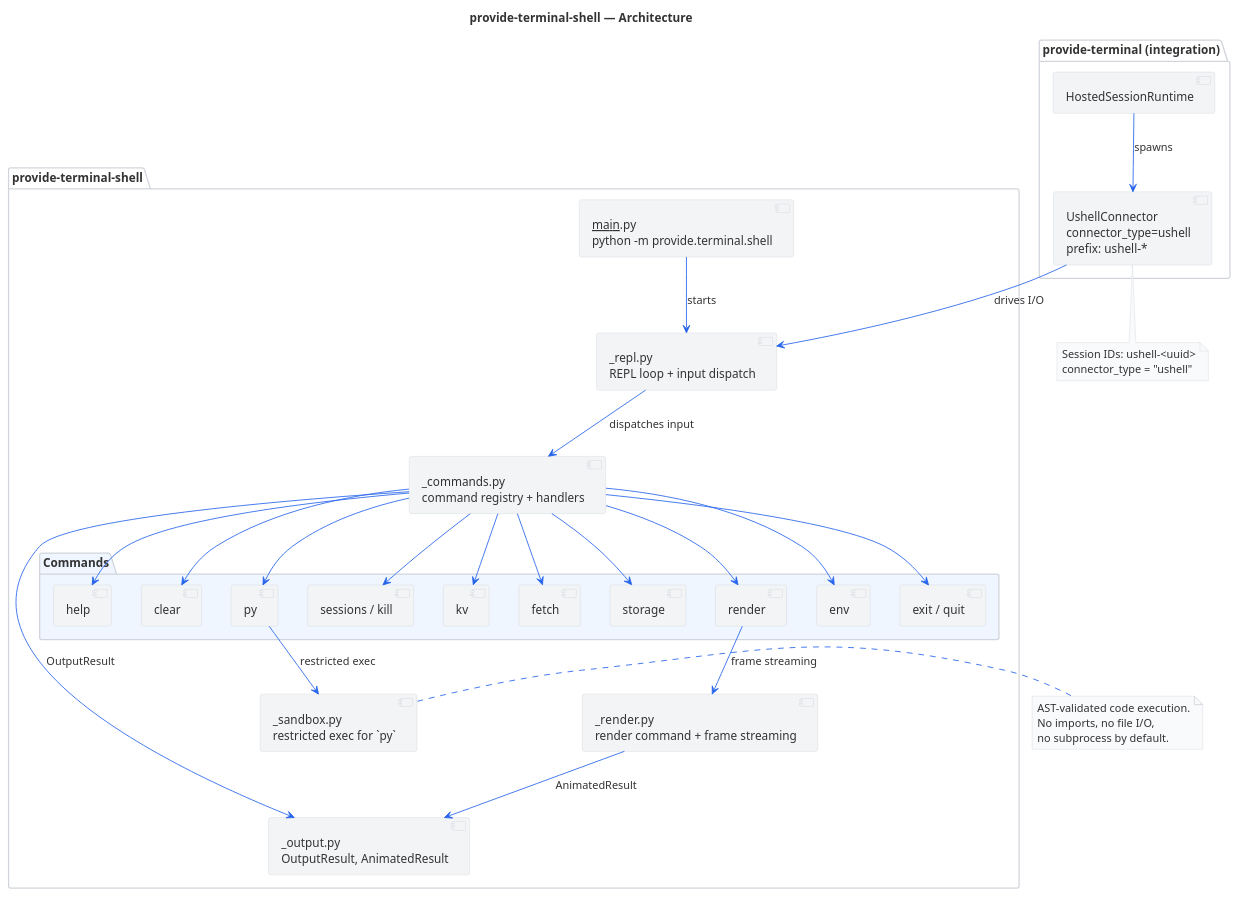
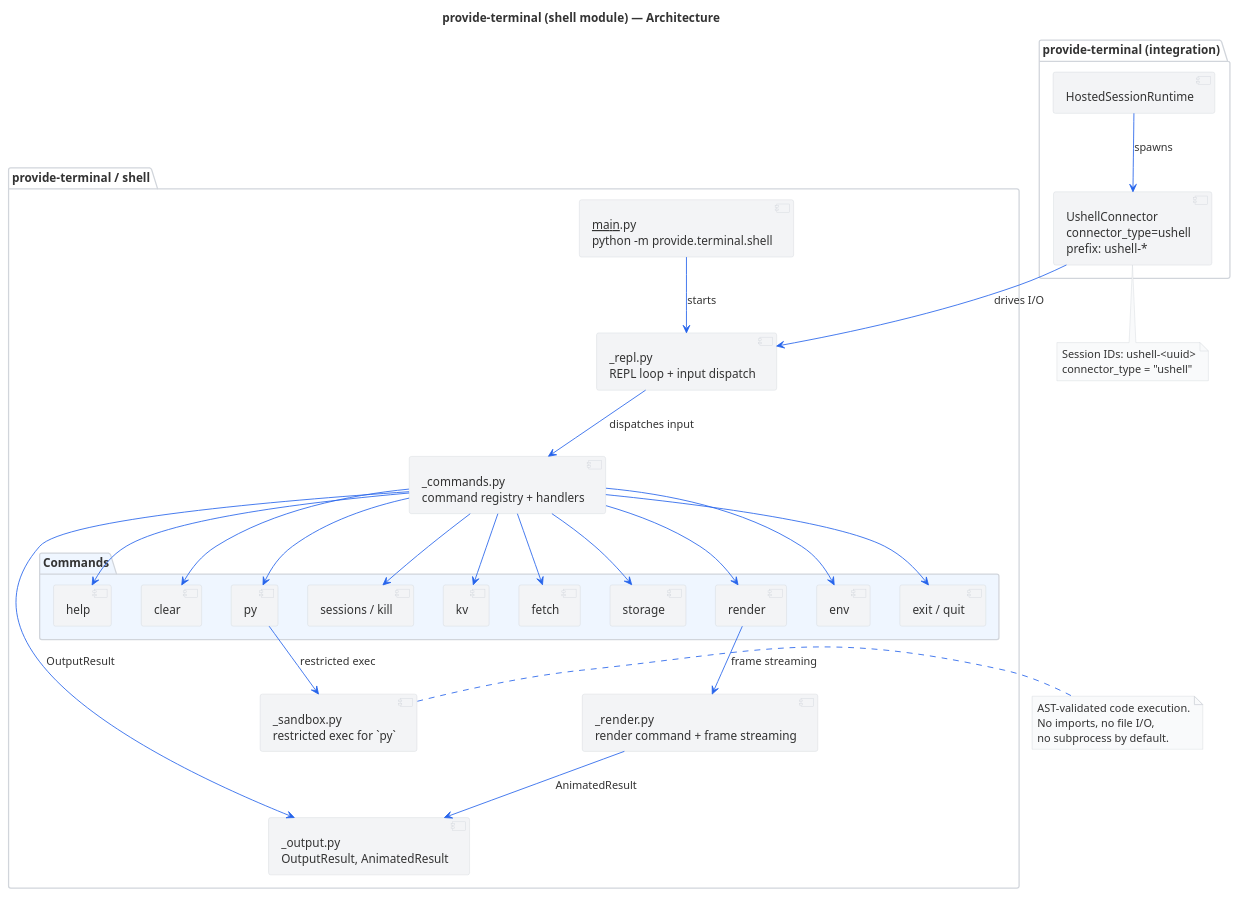
The diagram in docs/diagrams/shell-architecture.puml (provide-io/provide-uterm), drawn with PlantUML before and after one commit. The commit also changed 932 other files, not shown here.

```diff
--- a/docs/diagrams/shell-architecture.puml
+++ b/docs/diagrams/shell-architecture.puml
@@ -4,74 +4,74 @@
 @startuml shell-architecture
-title provide-terminal-shell — Architecture
+title provide-terminal (shell module) — Architecture
 
 skinparam backgroundColor #ffffff
 skinparam defaultFontColor #333333
 skinparam componentBorderColor #d1d5db
 skinparam componentBackgroundColor #f3f4f6
 skinparam packageBorderColor #d1d5db
 skinparam packageBackgroundColor #ffffff
 skinparam arrowColor #2563eb
 skinparam noteBorderColor #d1d5db
 skinparam noteBackgroundColor #f9fafb
 
-package "provide-terminal-shell" {
+package "provide-terminal / shell" {
   [_repl.py\nREPL loop + input dispatch] as REPL
   [_commands.py\ncommand registry + handlers] as CMDS
   [_output.py\nOutputResult, AnimatedResult] as OUTPUT
   [_sandbox.py\nrestricted exec for `py`] as SANDBOX
   [_render.py\nrender command + frame streaming] as REND
   [__main__.py\npython -m provide.terminal.shell] as MAIN
 
   package "Commands" #eff6ff {
     [help] as CMD_HELP
     [clear] as CMD_CLEAR
     [py] as CMD_PY
     [sessions / kill] as CMD_SESS
     [kv] as CMD_KV
     [fetch] as CMD_FETCH
     [storage] as CMD_STORAGE
     [render] as CMD_RENDER
     [env] as CMD_ENV
     [exit / quit] as CMD_EXIT
   }
 }
 
 package "provide-terminal (integration)" {
   [UshellConnector\nconnector_type=ushell\nprefix: ushell-*] as CONN
   [HostedSessionRuntime] as RUNTIME
 }
 
 ' Internal wiring
 MAIN --> REPL : starts
 REPL --> CMDS : dispatches input
 CMDS --> CMD_HELP
 CMDS --> CMD_CLEAR
 CMDS --> CMD_PY
 CMDS --> CMD_SESS
 CMDS --> CMD_KV
 CMDS --> CMD_FETCH
 CMDS --> CMD_STORAGE
 CMDS --> CMD_RENDER
 CMDS --> CMD_ENV
 CMDS --> CMD_EXIT
 CMD_PY --> SANDBOX : restricted exec
 CMD_RENDER --> REND : frame streaming
 REND --> OUTPUT : AnimatedResult
 CMDS --> OUTPUT : OutputResult
 
 ' Integration
 RUNTIME --> CONN : spawns
 CONN --> REPL : drives I/O
 
 note right of SANDBOX
   AST-validated code execution.
   No imports, no file I/O,
   no subprocess by default.
 end note
 
 note bottom of CONN
   Session IDs: ushell-<uuid>
   connector_type = "ushell"
 end note
 
 @enduml
```
